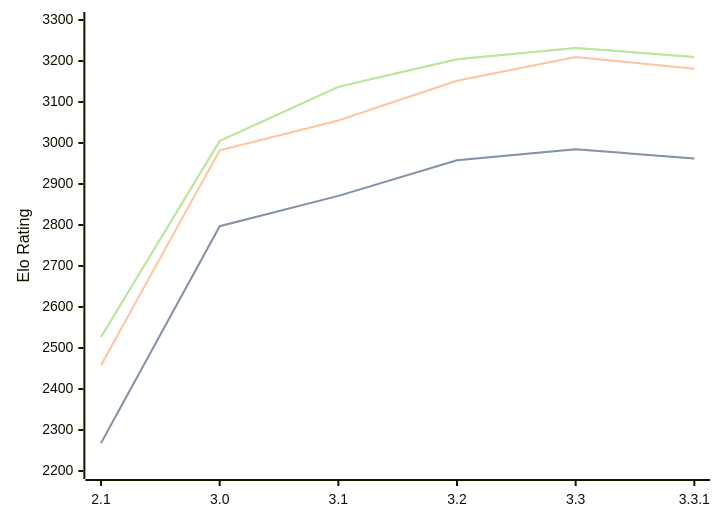
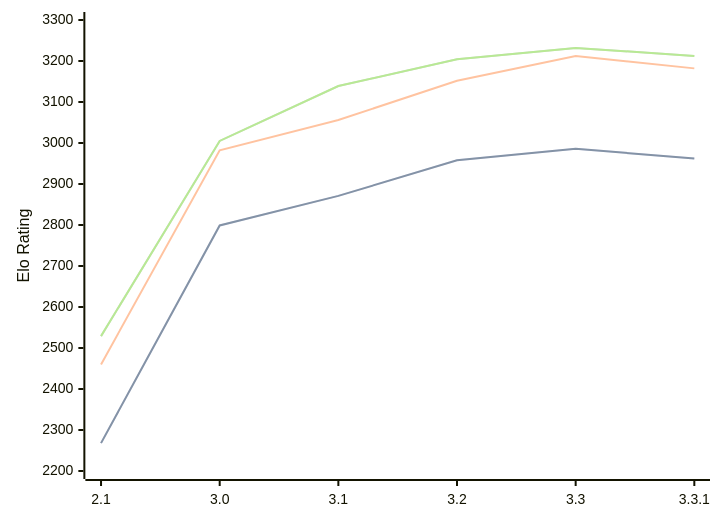
One commit to computer-chess-index/cci changed the diagram in engines/Petrel.md. Above: the diagram before and after it, drawn with Mermaid. The commit also changed other lines of this file, not shown here.

Commit message:
Update CCI Ratings (ELO VLTC) - 2026-02-18

````diff
--- a/engines/Petrel.md
+++ b/engines/Petrel.md
@@ -40,11 +40,11 @@
 ```mermaid
 %%{init: {"theme":"base","themeVariables":{"seriesColors:['#a3a3a3','#222221','#faa371']}}}%%
 xychart-beta
   x-axis ["2.1", "3.0", "3.1", "3.2", "3.3", "3.3.1"]
   y-axis "Elo Rating" 2200 --> 3300
-  line "STC (8.0+0.08s)" [2268, 2797, 2871, 2958, 2985, 2962]
-  line "STC (8.0+0.08s)" [2268, 2797, 2871, 2958, 2985, 2962]
-  line "LTC (60.0+0.60s)" [2458, 2982, 3055, 3152, 3210, 3181]
-  line "VLTC (2m24s+1.12s)" [2527, 3005, 3137, 3204, 3232, 3210]
-  line "VLTC (2m24s+1.12s)" [2527, 3005, 3137, 3204, 3232, 3210]
+  line "STC (8.0+0.08s)" [2268, 2799, 2871, 2958, 2986, 2962]
+  line "STC (8.0+0.08s)" [2268, 2799, 2871, 2958, 2986, 2962]
+  line "LTC (60.0+0.60s)" [2460, 2982, 3056, 3152, 3212, 3182]
+  line "VLTC (2m24s+1.12s)" [2529, 3005, 3139, 3204, 3232, 3212]
+  line "VLTC (2m24s+1.12s)" [2529, 3005, 3139, 3204, 3232, 3212]
 ```
````
